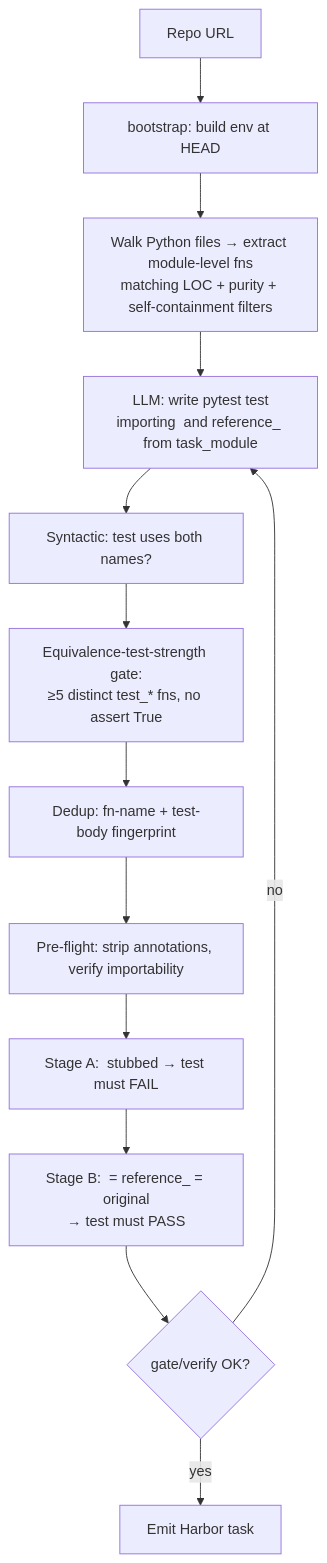
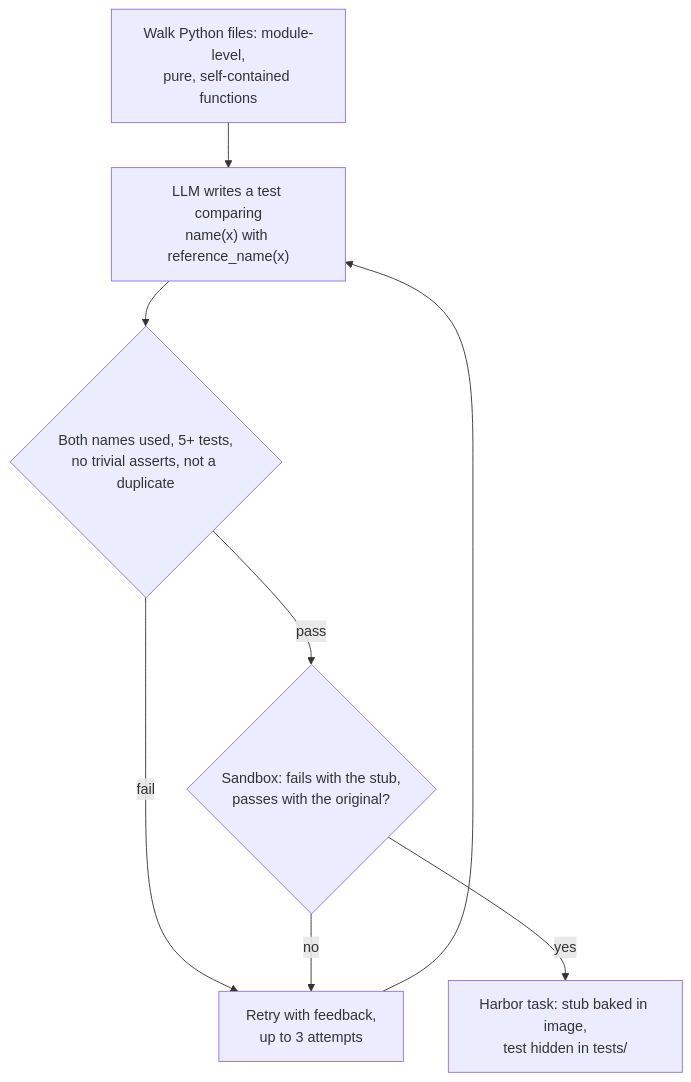
One commit to huggingface/Repo2RLEnv changed the diagram in docs/pipelines/equivalence_tests.md. Above: the diagram before and after it, drawn with Mermaid. The commit also changed other lines of this file and 176 other files, not shown here.

````diff
--- a/docs/pipelines/equivalence_tests.md
+++ b/docs/pipelines/equivalence_tests.md
@@ -32,15 +54,10 @@
 ```mermaid
 flowchart TD
-    A[Repo URL] --> B[bootstrap: build env at HEAD]
-    B --> C[Walk Python files → extract module-level fns<br/>matching LOC + purity + self-containment filters]
-    C --> D[LLM: write pytest test<br/>importing <name> and reference_<name> from task_module]
-    D --> E[Syntactic: test uses both names?]
-    E --> F[Equivalence-test-strength gate:<br/>≥5 distinct test_* fns, no assert True]
-    F --> G[Dedup: fn-name + test-body fingerprint]
-    G --> H[Pre-flight: strip annotations, verify importability]
-    H --> I[Stage A: <name> stubbed → test must FAIL]
-    I --> J[Stage B: <name> = reference_<name> = original<br/>→ test must PASS]
-    J --> K{gate/verify OK?}
-    K -- no --> D
-    K -- yes --> L[Emit Harbor task]
+  A["Walk Python files: module-level,<br/>pure, self-contained functions"] --> B["LLM writes a test comparing<br/>name(x) with reference_name(x)"]
+  B --> C{"Both names used, 5+ tests,<br/>no trivial asserts, not a duplicate"}
+  C -- fail --> R["Retry with feedback,<br/>up to 3 attempts"]
+  R --> B
+  C -- pass --> D{"Sandbox: fails with the stub,<br/>passes with the original?"}
+  D -- no --> R
+  D -- yes --> F["Harbor task: stub baked in image,<br/>test hidden in tests/"]
 ```
````
